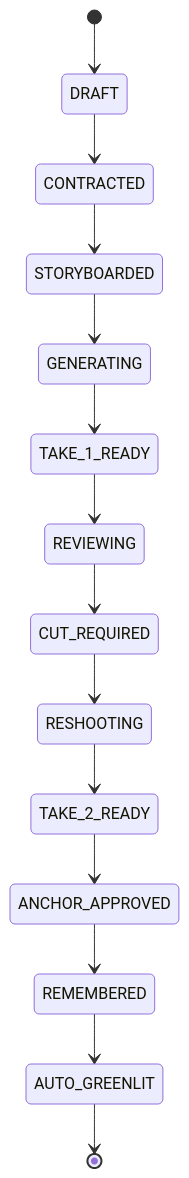
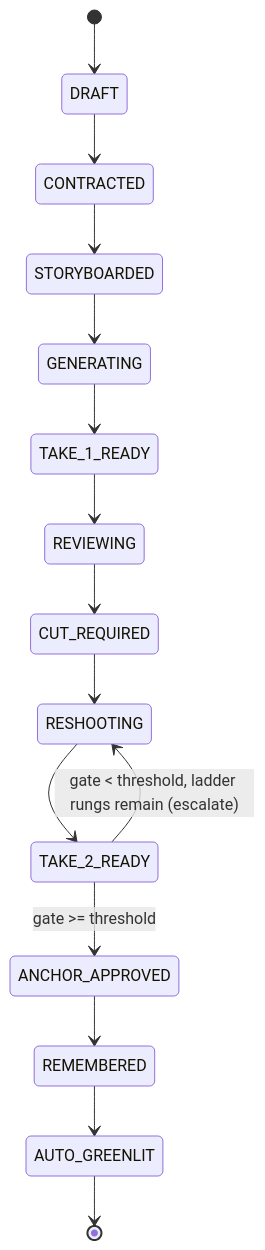
Before and after one commit to ComBba/circle-take: the second of 3 diagrams in docs/architecture.md, drawn with Mermaid. The commit also changed other lines of this file and 2 other files, not shown here.

First line of the commit message:
docs: update README/architecture/devpost to the self-correcting build + Path A Alibaba proof

````diff
--- a/docs/architecture.md
+++ b/docs/architecture.md
@@ -35,16 +44,17 @@
 ```mermaid
 stateDiagram-v2
   [*] --> DRAFT
   DRAFT --> CONTRACTED
   CONTRACTED --> STORYBOARDED
   STORYBOARDED --> GENERATING
   GENERATING --> TAKE_1_READY
   TAKE_1_READY --> REVIEWING
   REVIEWING --> CUT_REQUIRED
   CUT_REQUIRED --> RESHOOTING
   RESHOOTING --> TAKE_2_READY
-  TAKE_2_READY --> ANCHOR_APPROVED
+  TAKE_2_READY --> ANCHOR_APPROVED: gate >= threshold
+  TAKE_2_READY --> RESHOOTING: gate < threshold, ladder rungs remain (escalate)
   ANCHOR_APPROVED --> REMEMBERED
   REMEMBERED --> AUTO_GREENLIT
   AUTO_GREENLIT --> [*]
 ```
````
